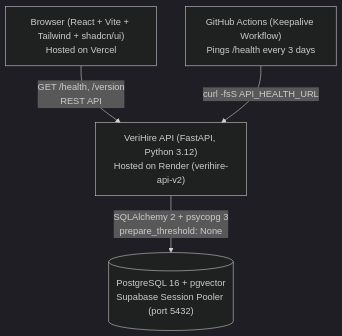
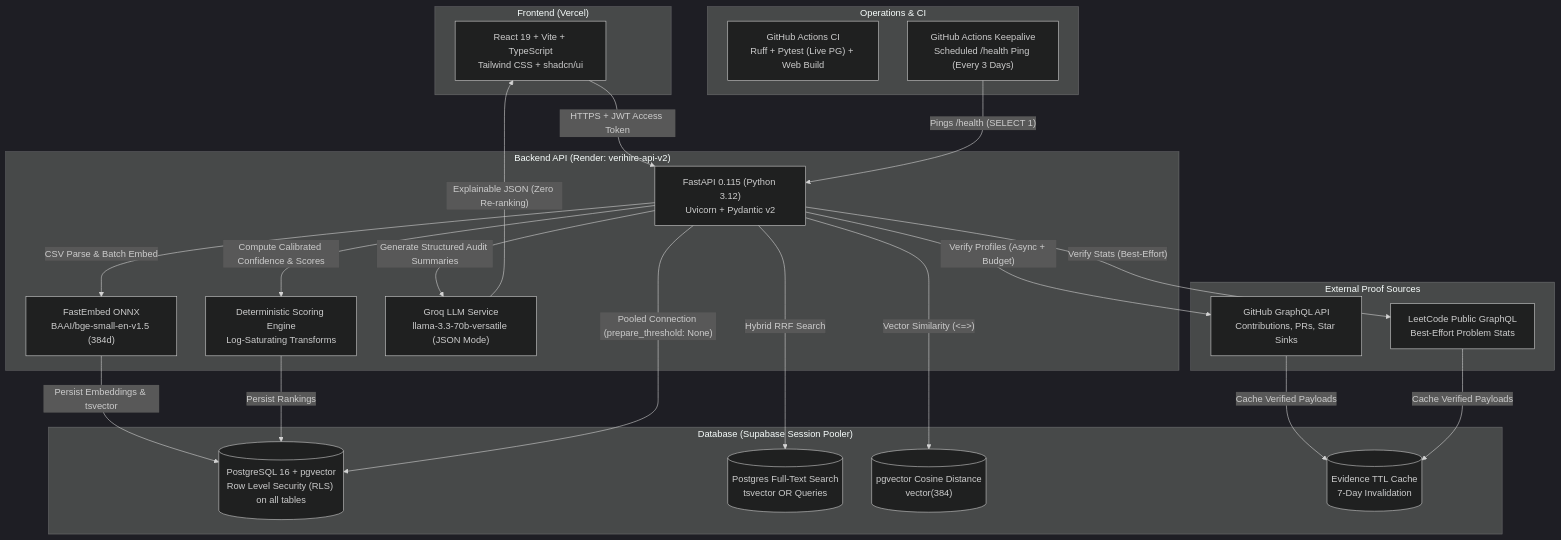
One commit to Narayan1006/VireHire changed the diagram in README.md. Above: the diagram before and after it, drawn with Mermaid (dark theme). The commit also changed other lines of this file and 3 other files, not shown here.

````diff
--- a/README.md
+++ b/README.md
@@ -7,11 +28,45 @@
 ```mermaid
-graph TD
-    Client["Browser (React + Vite + Tailwind + shadcn/ui)<br/>Hosted on Vercel"]
-    API["VeriHire API (FastAPI, Python 3.12)<br/>Hosted on Render (verihire-api-v2)"]
-    DB[("PostgreSQL 16 + pgvector<br/>Supabase Session Pooler (port 5432)")]
-    Keepalive["GitHub Actions (Keepalive Workflow)<br/>Pings /health every 3 days"]
+flowchart TD
+    subgraph Client["Frontend (Vercel)"]
+        UI["React 19 + Vite + TypeScript<br/>Tailwind CSS + shadcn/ui"]
+    end
 
-    Client -->|"GET /health, /version<br/>REST API"| API
-    API -->|"SQLAlchemy 2 + psycopg 3<br/>prepare_threshold: None"| DB
-    Keepalive -->|"curl -fsS API_HEALTH_URL"| API
+    subgraph Service["Backend API (Render: verihire-api-v2)"]
+        FastAPI["FastAPI 0.115 (Python 3.12)<br/>Uvicorn + Pydantic v2"]
+        EmbedEngine["FastEmbed ONNX<br/>BAAI/bge-small-en-v1.5 (384d)"]
+        ScoreEngine["Deterministic Scoring Engine<br/>Log-Saturating Transforms"]
+        LLMService["Groq LLM Service<br/>llama-3.3-70b-versatile (JSON Mode)"]
+    end
+
+    subgraph Storage["Database (Supabase Session Pooler)"]
+        PG[("PostgreSQL 16 + pgvector<br/>Row Level Security (RLS) on all tables")]
+        TSVector[("Postgres Full-Text Search<br/>tsvector OR Queries")]
+        VectorStore[("pgvector Cosine Distance<br/>vector(384)")]
+        TTLCache[("Evidence TTL Cache<br/>7-Day Invalidation")]
+    end
+
+    subgraph External["External Proof Sources"]
+        GH["GitHub GraphQL API<br/>Contributions, PRs, Star Sinks"]
+        LC["LeetCode Public GraphQL<br/>Best-Effort Problem Stats"]
+    end
+
+    subgraph Automation["Operations & CI"]
+        CI["GitHub Actions CI<br/>Ruff + Pytest (Live PG) + Web Build"]
+        Keepalive["GitHub Actions Keepalive<br/>Scheduled /health Ping (Every 3 Days)"]
+    end
+
+    UI -->|"HTTPS + JWT Access Token"| FastAPI
+    FastAPI -->|"CSV Parse & Batch Embed"| EmbedEngine
+    EmbedEngine -->|"Persist Embeddings & tsvector"| PG
+    FastAPI -->|"Hybrid RRF Search"| TSVector
+    FastAPI -->|"Vector Similarity (<=>)"| VectorStore
+    FastAPI -->|"Verify Profiles (Async + Budget)"| GH
+    FastAPI -->|"Verify Stats (Best-Effort)"| LC
+    GH & LC -->|"Cache Verified Payloads"| TTLCache
+    FastAPI -->|"Compute Calibrated Confidence & Scores"| ScoreEngine
+    ScoreEngine -->|"Persist Rankings"| PG
+    FastAPI -->|"Generate Structured Audit Summaries"| LLMService
+    LLMService -->|"Explainable JSON (Zero Re-ranking)"| UI
+    Keepalive -->|"Pings /health (SELECT 1)"| FastAPI
+    FastAPI -->|"Pooled Connection (prepare_threshold: None)"| PG
 ```
````
